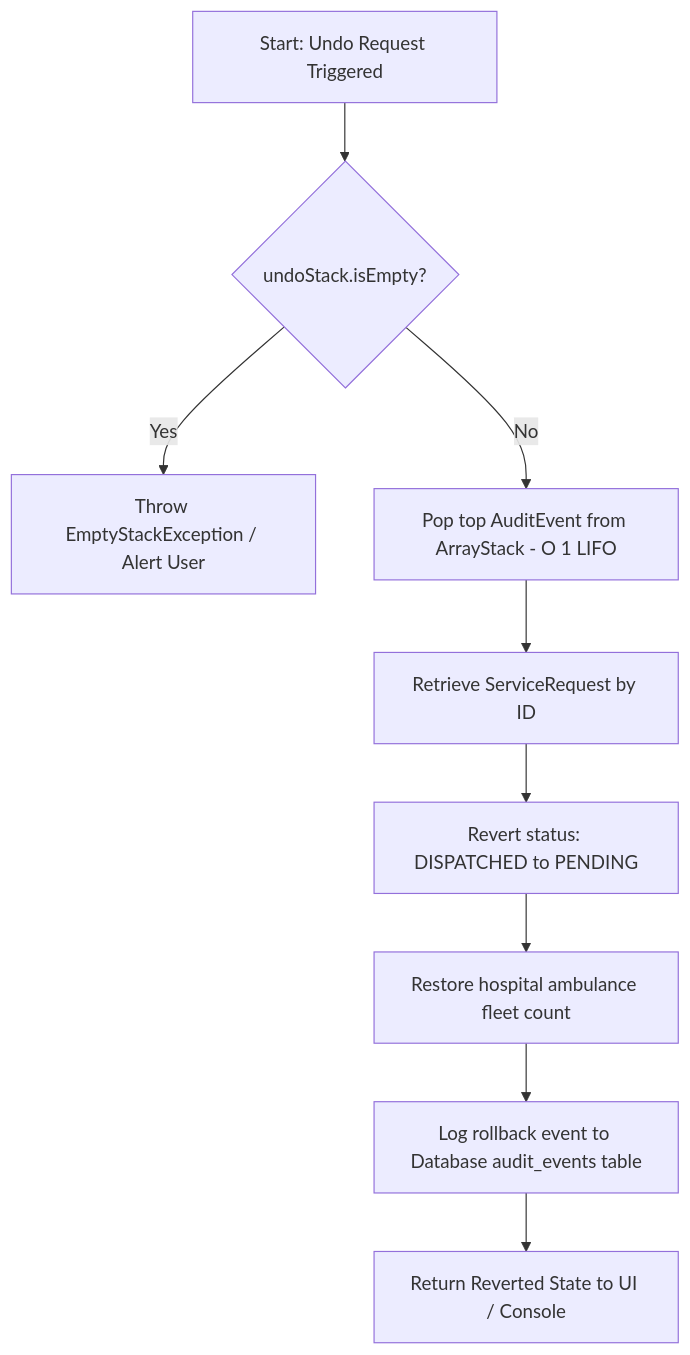
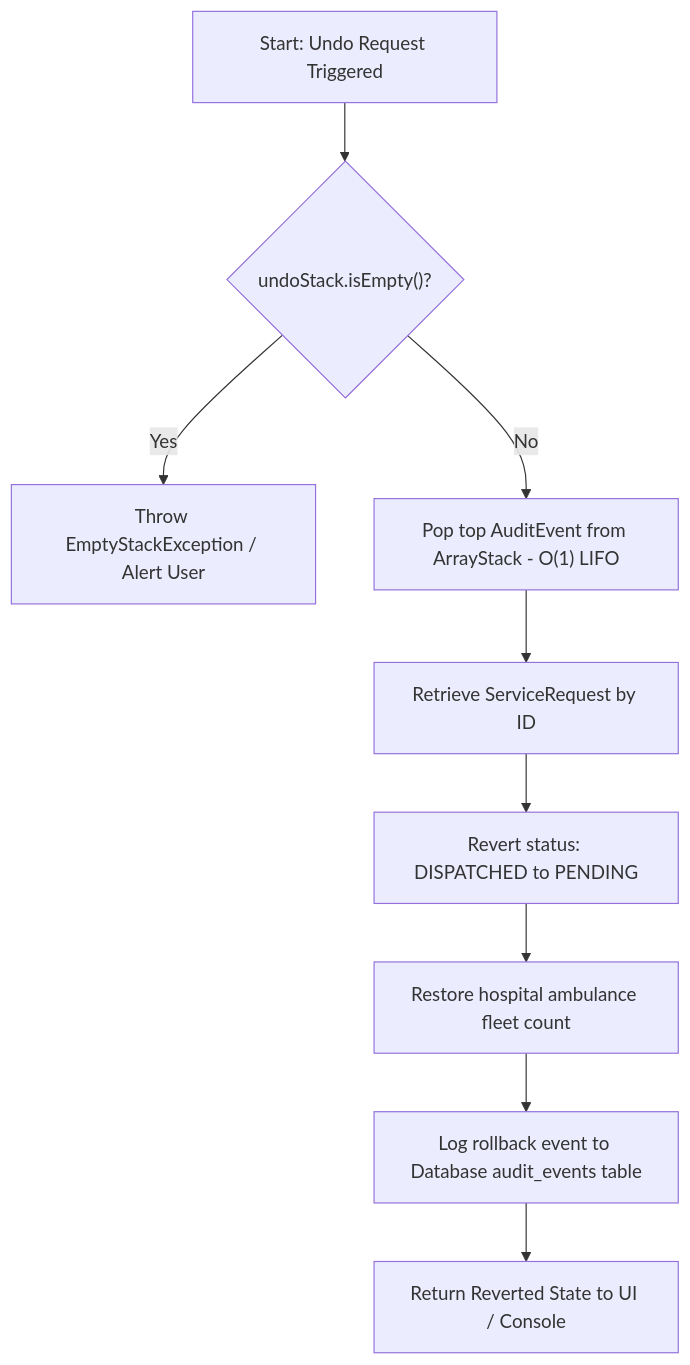
One commit to Septagon-Systems/Hospital-Service-DSA changed the sixth of 7 diagrams in docs-site/src/content/docs/service-operations/flowcharts-pseudocode.md. Above: the diagram before and after it, drawn with Mermaid. The commit also changed other lines of this file and 1 other file, not shown here.

Commit message:
docs(flowcharts): refine multi-queue dispatch operation and fix table complexity notation

````diff
--- a/docs-site/src/content/docs/service-operations/flowcharts-pseudocode.md
+++ b/docs-site/src/content/docs/service-operations/flowcharts-pseudocode.md
@@ -357,11 +401,11 @@
 ```mermaid
 flowchart TD
-    A[Start: Undo Request Triggered] --> B{undoStack.isEmpty?}
+    A[Start: Undo Request Triggered] --> B{"undoStack.isEmpty()?"}
     B -- Yes --> C[Throw EmptyStackException / Alert User]
-    B -- No --> D[Pop top AuditEvent from ArrayStack - O 1 LIFO]
+    B -- No --> D["Pop top AuditEvent from ArrayStack - O(1) LIFO"]
     D --> E[Retrieve ServiceRequest by ID]
-    E --> F[Revert status: DISPATCHED to PENDING]
+    E --> F["Revert status: DISPATCHED to PENDING"]
     F --> G[Restore hospital ambulance fleet count]
     G --> H[Log rollback event to Database audit_events table]
     H --> I[Return Reverted State to UI / Console]
 ```
````
